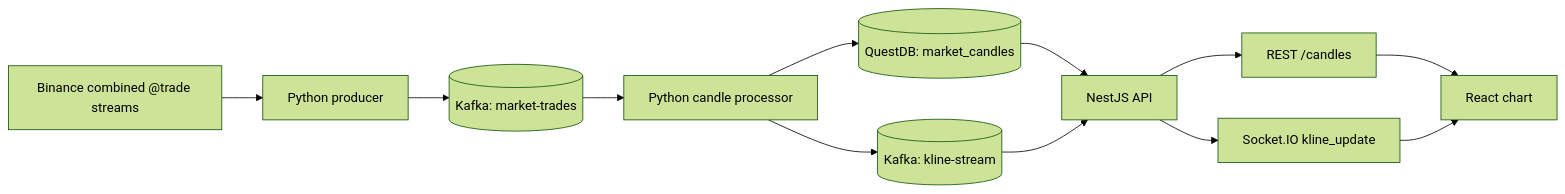
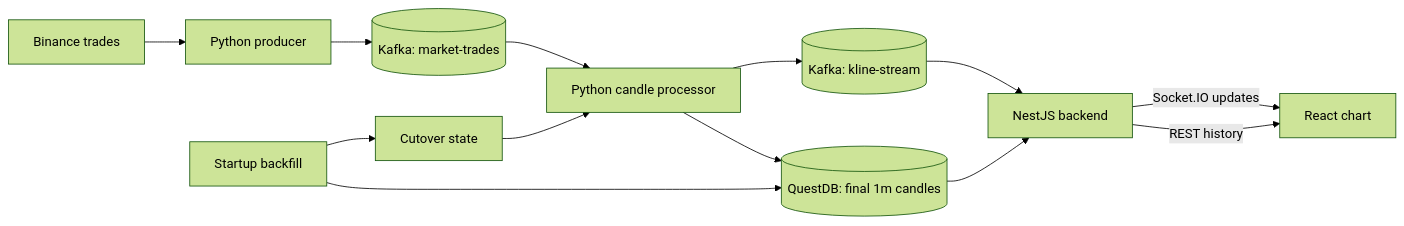
The diagram in README.md (Zane-Theodore/NexTick), drawn with Mermaid (forest theme) before and after one commit. The commit also changed other lines of this file and 3 other files, not shown here.

````diff
--- a/README.md
+++ b/README.md
@@ -9,14 +31,15 @@
 ```mermaid
 flowchart LR
-  B[Binance combined @trade streams] --> P[Python producer]
-  P --> T1[(Kafka: market-trades)]
-  T1 --> C[Python candle processor]
-  C --> Q[(QuestDB: market_candles)]
-  C --> T2[(Kafka: kline-stream)]
-  Q --> A[NestJS API]
-  T2 --> A
-  A --> R[REST /candles]
-  A --> S[Socket.IO kline_update]
-  R --> F[React chart]
-  S --> F
+  Binance["Binance trades"] --> Producer["Python producer"]
+  Producer --> Trades[("Kafka: market-trades")]
+  Trades --> Processor["Python candle processor"]
+  Backfill["Startup backfill"] --> QuestDB[("QuestDB: final 1m candles")]
+  Backfill --> Cutover["Cutover state"]
+  Cutover --> Processor
+  Processor --> QuestDB
+  Processor --> Klines[("Kafka: kline-stream")]
+  QuestDB --> Backend["NestJS backend"]
+  Klines --> Backend
+  Backend -->|"REST history"| Frontend["React chart"]
+  Backend -->|"Socket.IO updates"| Frontend
 ```
````
